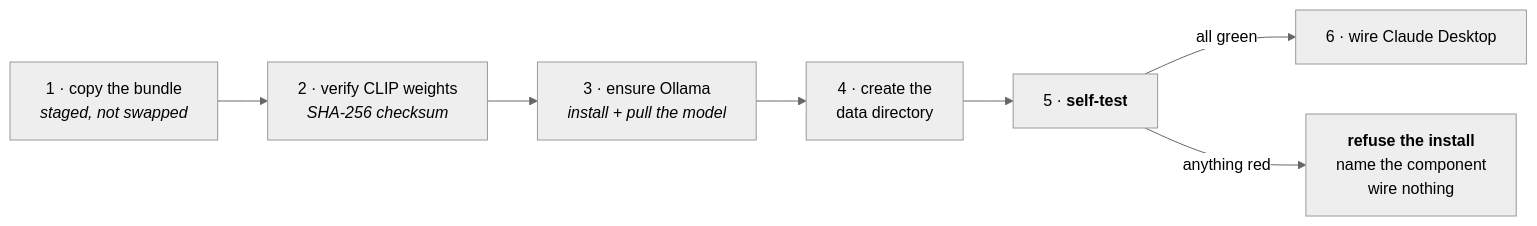
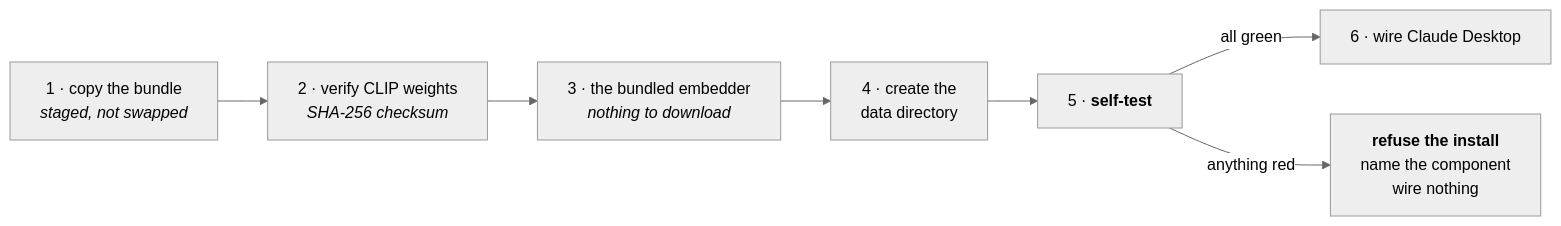
Before and after one commit to nilubhatt/campaign-poc: the second of 2 diagrams in README.md, drawn with Mermaid (neutral theme). The commit also changed other lines of this file and 20 other files, not shown here.

First line of the commit message:
The installers ship the text embedder; nothing is downloaded at install

````diff
--- a/README.md
+++ b/README.md
@@ -100,9 +101,9 @@
 ```mermaid
 flowchart LR
     S1["1 · copy the bundle<br/><i>staged, not swapped</i>"] --> S2["2 · verify CLIP weights<br/><i>SHA-256 checksum</i>"]
-    S2 --> S3["3 · ensure Ollama<br/><i>install + pull the model</i>"]
+    S2 --> S3["3 · the bundled embedder<br/><i>nothing to download</i>"]
     S3 --> S4["4 · create the<br/>data directory"]
     S4 --> S5["5 · <b>self-test</b>"]
     S5 -- all green --> S6["6 · wire Claude Desktop"]
     S5 -- anything red --> S7["<b>refuse the install</b><br/>name the component<br/>wire nothing"]
 ```
````
